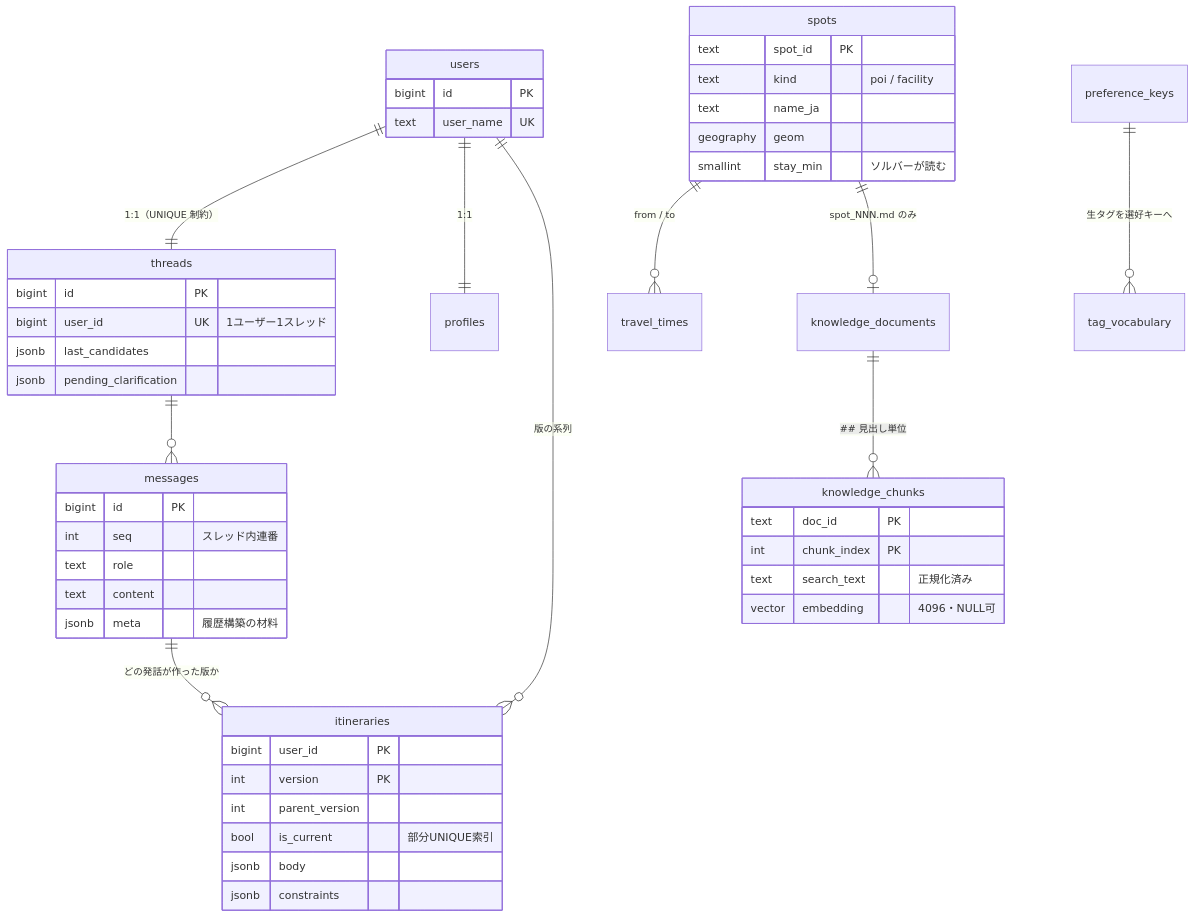
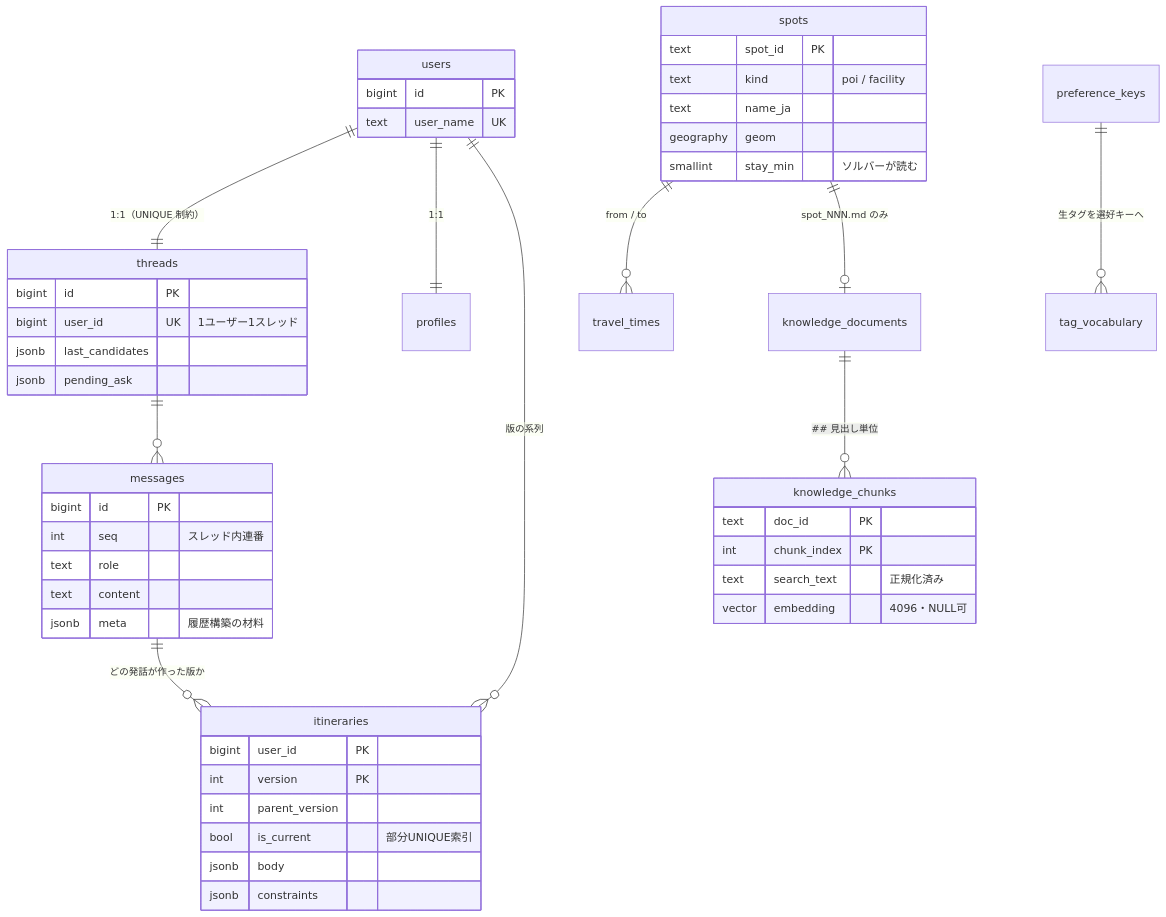
One commit to TakaJun02/Cairn changed the first of 2 diagrams in Docs/30_design/data_model.md. Above: the diagram before and after it, drawn with Mermaid. The commit also changed other lines of this file and 56 other files, not shown here.

````diff
--- a/Docs/30_design/data_model.md
+++ b/Docs/30_design/data_model.md
@@ -21,51 +21,51 @@
 ```mermaid
 erDiagram
     users ||--|| threads : "1:1（UNIQUE 制約）"
     users ||--|| profiles : "1:1"
     users ||--o{ itineraries : "版の系列"
     threads ||--o{ messages : ""
     messages ||--o{ itineraries : "どの発話が作った版か"
     spots ||--o{ travel_times : "from / to"
     preference_keys ||--o{ tag_vocabulary : "生タグを選好キーへ"
     spots ||--o| knowledge_documents : "spot_NNN.md のみ"
     knowledge_documents ||--o{ knowledge_chunks : "## 見出し単位"
 
     spots {
         text spot_id PK
         text kind "poi / facility"
         text name_ja
         geography geom
         smallint stay_min "ソルバーが読む"
     }
     users {
         bigint id PK
         text user_name UK
     }
     threads {
         bigint id PK
         bigint user_id UK "1ユーザー1スレッド"
         jsonb last_candidates
-        jsonb pending_clarification
+        jsonb pending_ask
     }
     messages {
         bigint id PK
         int seq "スレッド内連番"
         text role
         text content
         jsonb meta "履歴構築の材料"
     }
     itineraries {
         bigint user_id PK
         int version PK
         int parent_version
         bool is_current "部分UNIQUE索引"
         jsonb body
         jsonb constraints
     }
     knowledge_chunks {
         text doc_id PK
         int chunk_index PK
         text search_text "正規化済み"
         vector embedding "4096・NULL可"
     }
 ```
````
